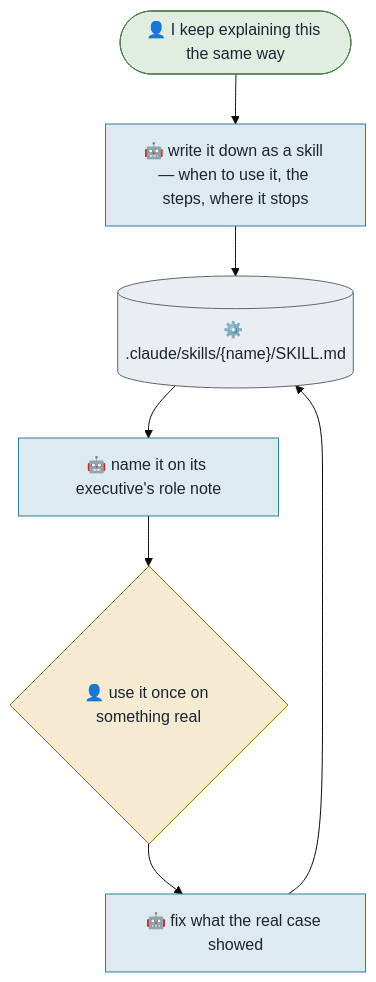
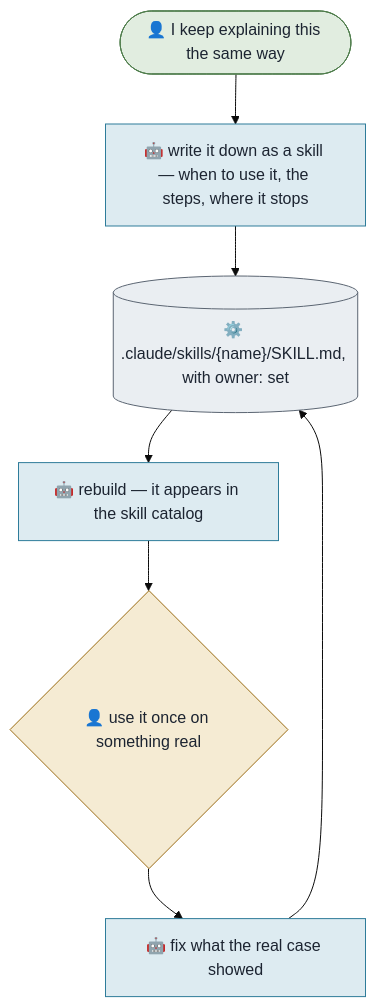
One commit to MeshPro-iPaaS/ai-ops-framework changed the diagram in framework/processes/Teaching an Executive a Skill.md. Above: the diagram before and after it, drawn with Mermaid (base theme). The commit also changed other lines of this file and 27 other files, not shown here.

First line of the commit message:
A skill catalog, and workflows you can click open

````diff
--- a/framework/processes/Teaching an Executive a Skill.md
+++ b/framework/processes/Teaching an Executive a Skill.md
@@ -25,15 +25,15 @@
 ```mermaid
 flowchart TB
     classDef human fill:#E1EDE0,stroke:#4E7C4B,color:#1C2431
     classDef ai fill:#DDEBF1,stroke:#2E7C9A,color:#1C2431
     classDef gate fill:#F5EBD3,stroke:#9A6B14,color:#1C2431
     classDef store fill:#EAEEF2,stroke:#5B6572,color:#1C2431
 
     A(["👤 I keep explaining this the same way"]):::human
     B["🤖 write it down as a skill — when to use it, the steps, where it stops"]:::ai
-    C[("⚙️ .claude/skills/{name}/SKILL.md")]:::store
-    D["🤖 name it on its executive's role note"]:::ai
+    C[("⚙️ .claude/skills/{name}/SKILL.md, with owner: set")]:::store
+    D["🤖 rebuild — it appears in the skill catalog"]:::ai
     E{"👤 use it once on something real"}:::gate
     F["🤖 fix what the real case showed"]:::ai
     A --> B --> C --> D --> E --> F --> C
 ```
````
